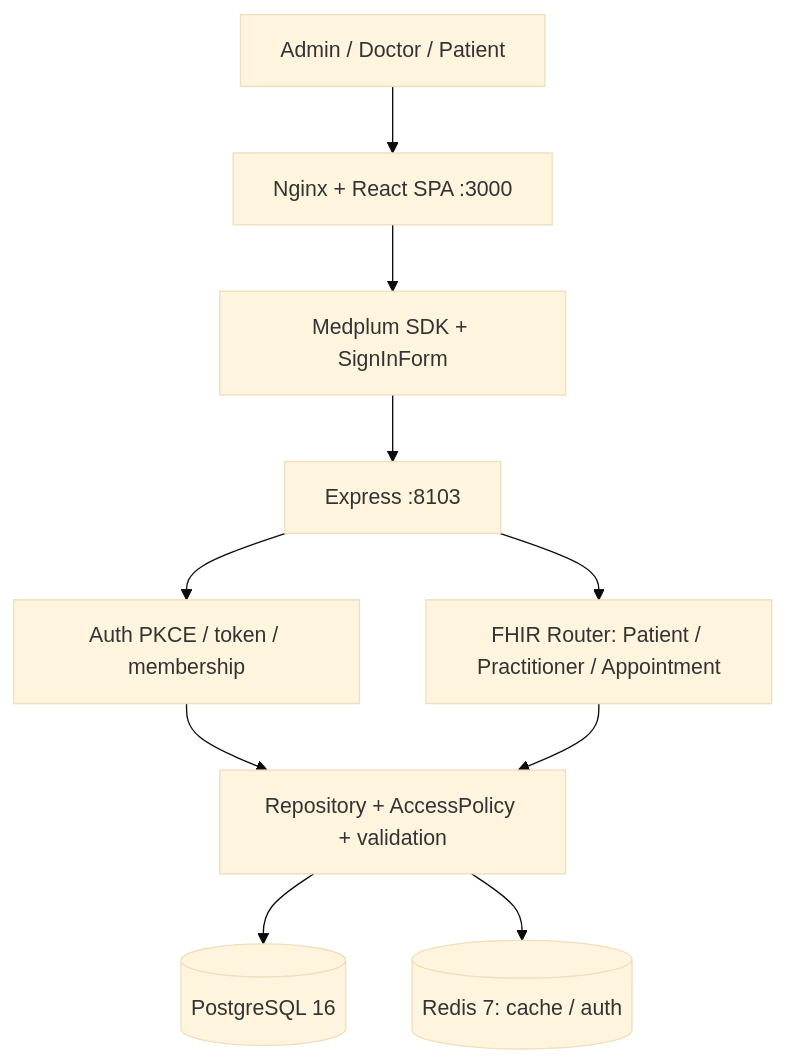
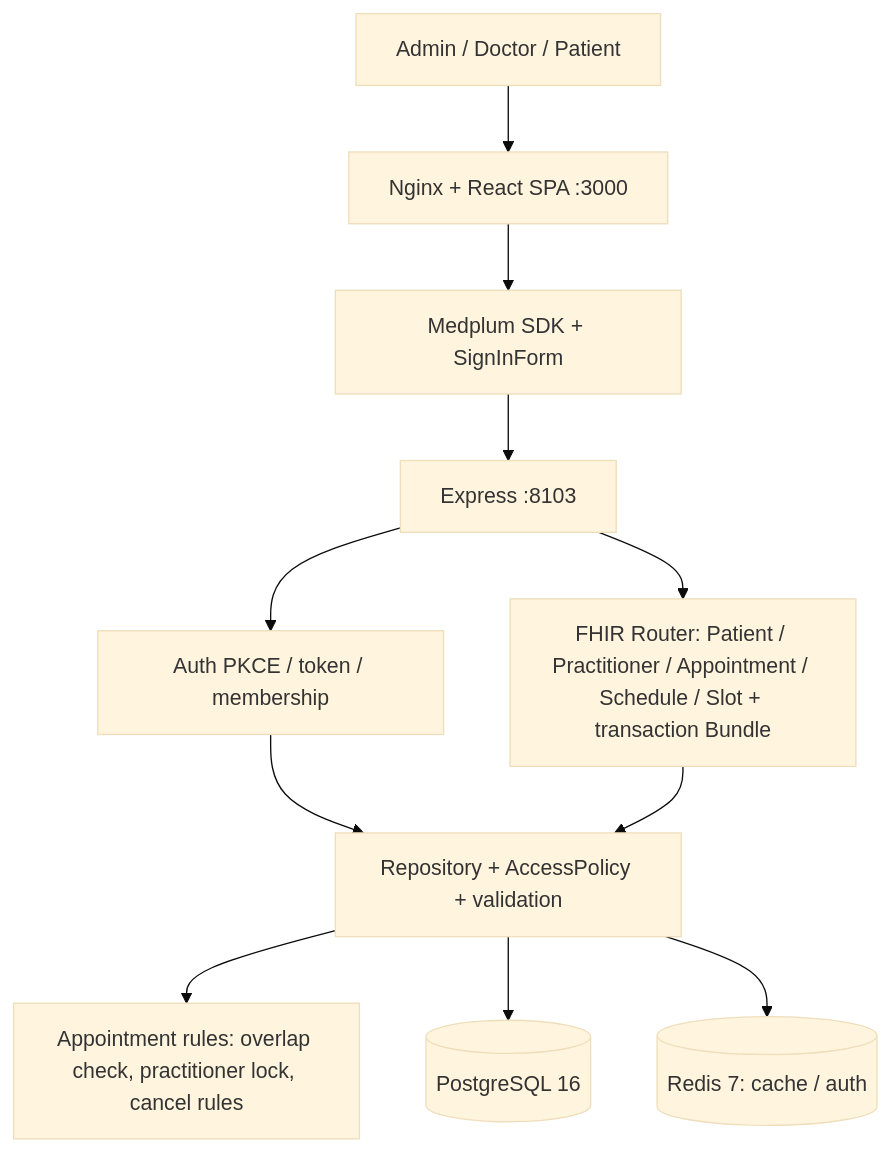
Before and after one commit to ntd1928/Smart-Hospital-Platform: the first of 2 diagrams in docs/architecture/ARCHITECTURE.md, drawn with Mermaid (base theme). The commit also changed other lines of this file and 2 other files, not shown here.

Commit message:
docs: update architecture for scheduling and add week 5-14 plan

````diff
--- a/docs/architecture/ARCHITECTURE.md
+++ b/docs/architecture/ARCHITECTURE.md
@@ -3,12 +7,13 @@
 ```mermaid
 flowchart TD
   U[Admin / Doctor / Patient] --> WEB[Nginx + React SPA :3000]
   WEB --> SDK[Medplum SDK + SignInForm]
   SDK --> API[Express :8103]
   API --> AUTH[Auth PKCE / token / membership]
-  API --> FHIR[FHIR Router: Patient / Practitioner / Appointment]
+  API --> FHIR[FHIR Router: Patient / Practitioner / Appointment / Schedule / Slot + transaction Bundle]
   AUTH --> REPO[Repository + AccessPolicy + validation]
   FHIR --> REPO
+  REPO --> APPT[Appointment rules: overlap check, practitioner lock, cancel rules]
   REPO --> PG[(PostgreSQL 16)]
   REPO --> R[(Redis 7: cache / auth)]
 ```
````
